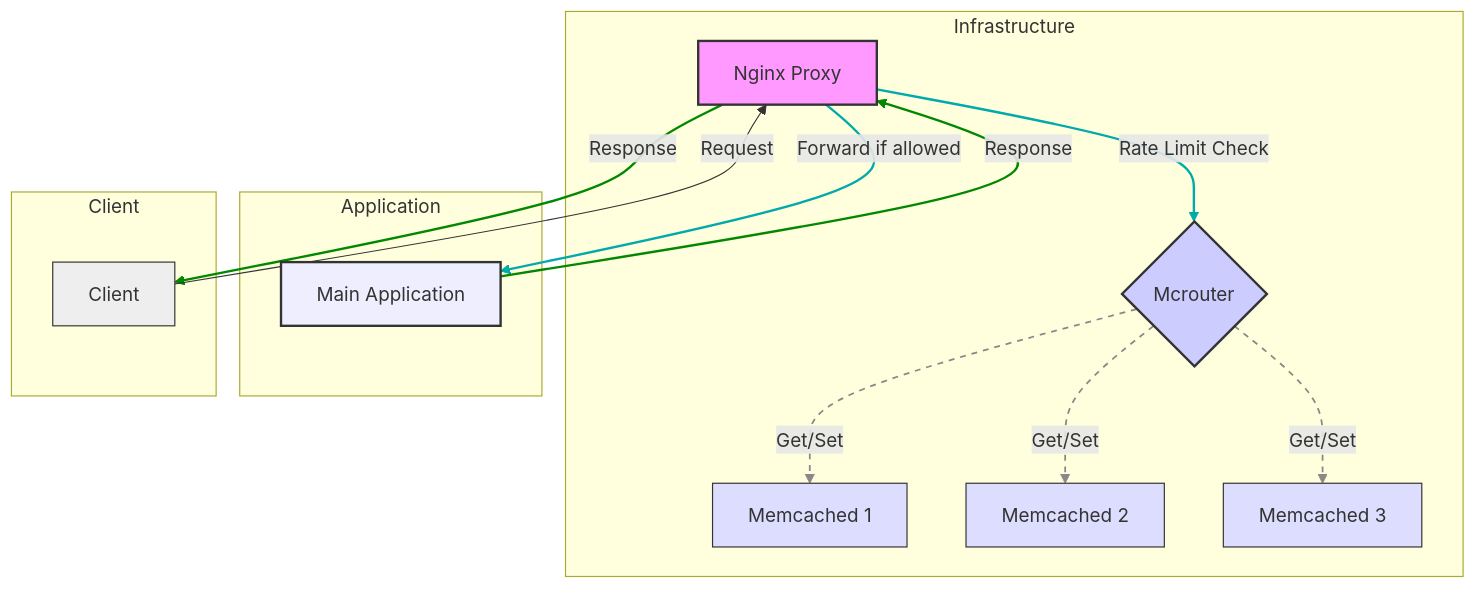
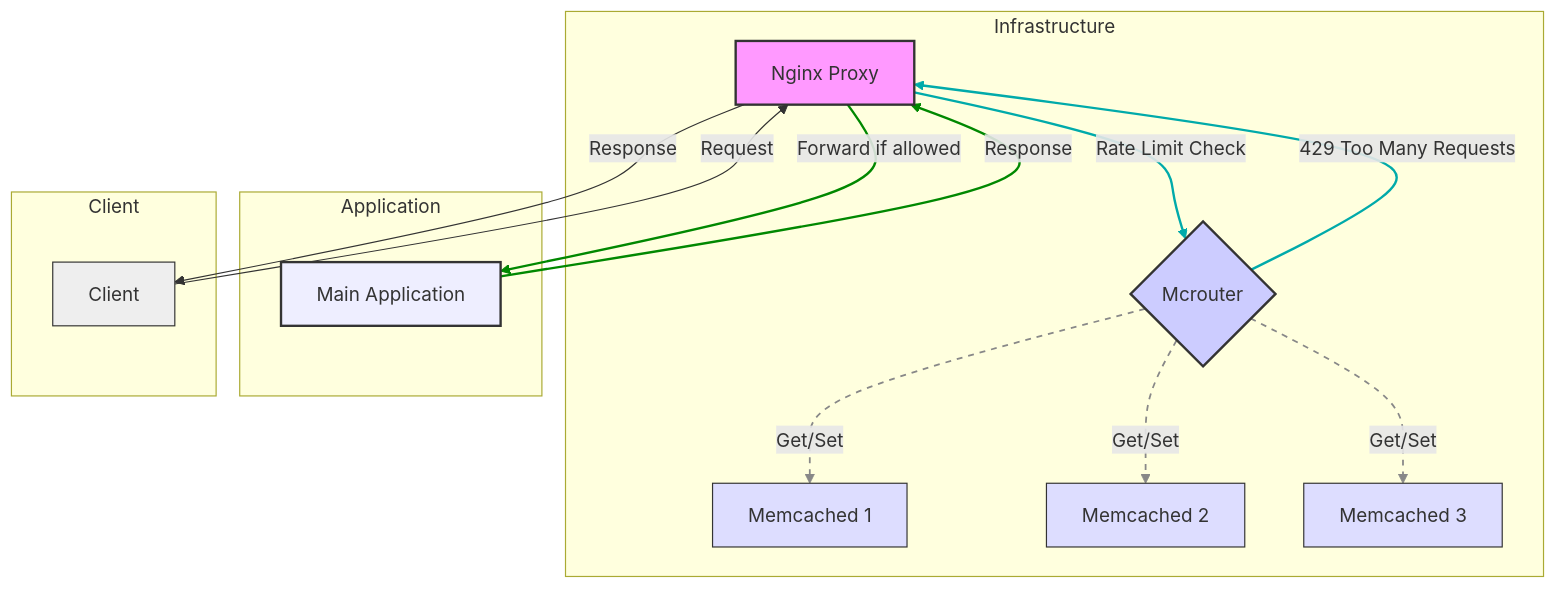
The diagram in Readme.md (omarfawzi/Nginx-Ratelimiter-Proxy), drawn with Mermaid before and after one commit.

Commit message:
adjust readme

````diff
--- a/Readme.md
+++ b/Readme.md
@@ -11,49 +11,50 @@
 ```mermaid
 graph TD
    subgraph Infrastructure
       B[Nginx Proxy] -- Rate Limit Check --> C{Mcrouter}
       C -- Get/Set --> D1[Memcached 1]
       C -- Get/Set --> D2[Memcached 2]
       C -- Get/Set --> D3[Memcached 3]
+      C -- 429 Too Many Requests --> B
 
       classDef memcached fill:#ddf,stroke:#333;
       class D1,D2,D3 memcached
 
       style B fill:#f9f,stroke:#333,stroke-width:2px
       style C fill:#ccf,stroke:#333,stroke-width:2px
       style B fill:#f9f,stroke:#333,stroke-width:2px
       classDef rate_limiting fill:#ffc,stroke:#333;
       class C rate_limiting
    end
 
    subgraph Application
       E[Main Application]
       style E fill:#eef,stroke:#333,stroke-width:2px
    end
 
    B -- Forward if allowed --> E
    E -- Response --> B
    B -- Response --> A
    A -- Request --> B
 
    classDef external fill:#eee,stroke:#333
    class A external
 
    classDef container fill:#ccf,stroke:#333
    class E container
 
    classDef proxy fill:#f9f,stroke:#333
    class B proxy
 
    linkStyle 0,4 stroke:#0aa,stroke-width:2px;
    linkStyle 5,6 stroke:#080,stroke-width:2px;
    linkStyle 1,2,3 stroke:#888,stroke-width:1.5px,stroke-dasharray: 5 5;
    linkStyle 6 stroke:#080,stroke-width:2px;
    
    classDef cache fill:#ddf,stroke:#333
    class D1,D2,D3 cache
 
    subgraph Client
       A[Client]
    end
 ```
````
